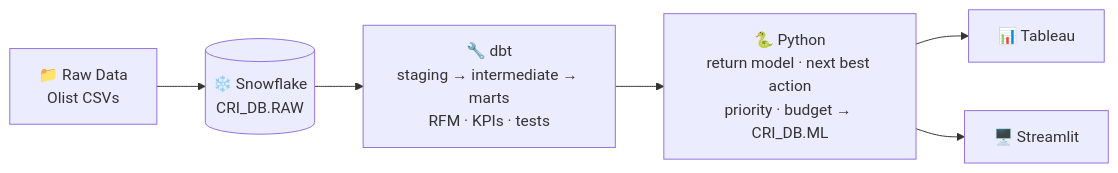
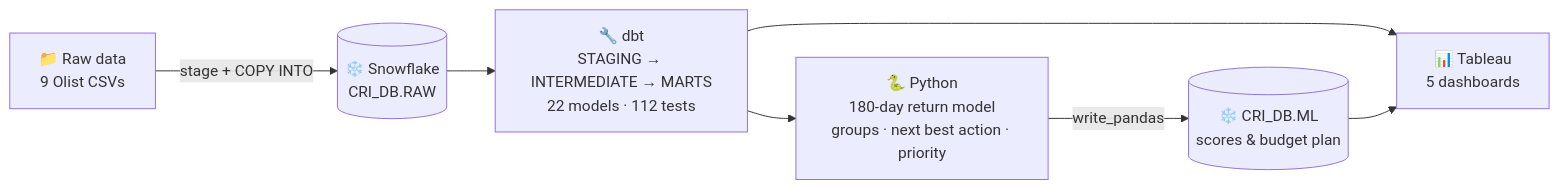
Before and after one commit to methirishika16/customer-retention-intelligence-platform: the diagram in README.md, drawn with Mermaid. The commit also changed other lines of this file and 21 other files, not shown here.

First line of the commit message:
Sprint 4: cohort model, Tableau workbook generator and data export, portfolio README

````diff
--- a/README.md
+++ b/README.md
@@ -19,8 +50,9 @@
 ```mermaid
 flowchart LR
-    A["📁 Raw Data<br/>Olist CSVs"] --> B[("❄️ Snowflake<br/>CRI_DB.RAW")]
-    B --> C["🔧 dbt<br/>staging → intermediate → marts<br/>RFM · KPIs · tests"]
-    C --> D["🐍 Python<br/>return model · next best action<br/>priority · budget → CRI_DB.ML"]
-    D --> E["📊 Tableau"]
-    D --> F["🖥️ Streamlit"]
+    A["📁 Raw data<br/>9 Olist CSVs"] -->|stage + COPY INTO| B[("❄️ Snowflake<br/>CRI_DB.RAW")]
+    B --> C["🔧 dbt<br/>STAGING → INTERMEDIATE → MARTS<br/>22 models · 112 tests"]
+    C --> D["🐍 Python<br/>180-day return model<br/>groups · next best action · priority"]
+    D -->|write_pandas| E[("❄️ CRI_DB.ML<br/>scores & budget plan")]
+    C --> F["📊 Tableau<br/>5 dashboards"]
+    E --> F
 ```
````
